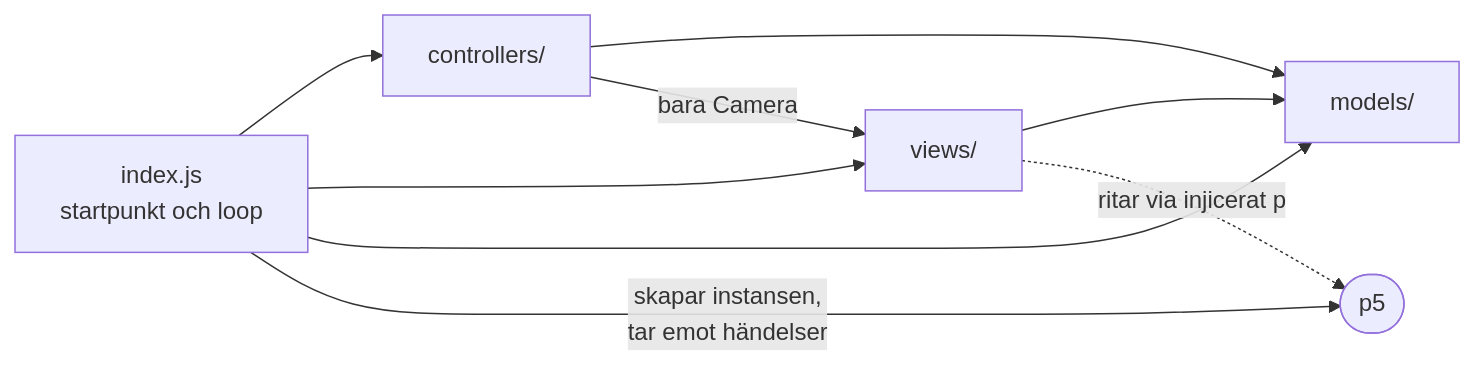
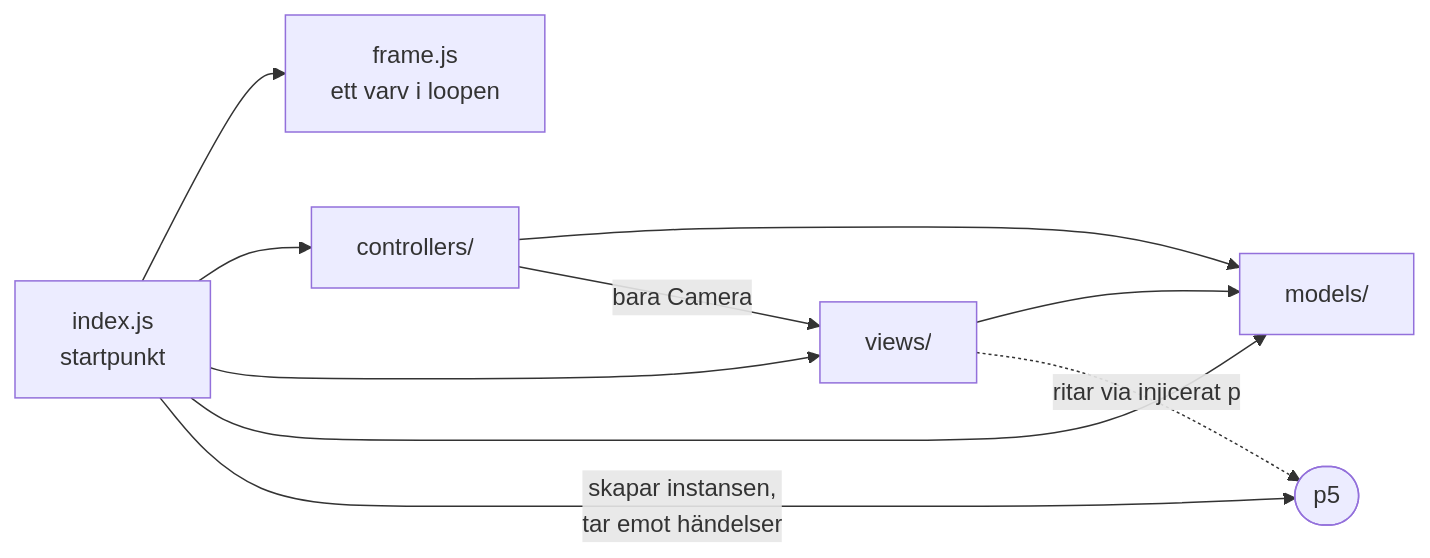
The first of 9 diagrams in MVC_DESIGN.md (1dv610/ripe-tomato), drawn with Mermaid before and after one commit. The commit also changed other lines of this file and 1 other file, not shown here.

````diff
--- a/MVC_DESIGN.md
+++ b/MVC_DESIGN.md
@@ -24,17 +24,19 @@
 ```mermaid
 flowchart LR
-    S["index.js<br/>startpunkt och loop"]
+    S["index.js<br/>startpunkt"]
+    F["frame.js<br/>ett varv i loopen"]
     C["controllers/"]
     V["views/"]
     M["models/"]
     P(["p5"])
 
+    S --> F
     S --> C
     S --> V
     S --> M
     S -->|"skapar instansen,<br/>tar emot händelser"| P
     C --> M
     V --> M
     C -->|"bara Camera"| V
     V -.->|"ritar via injicerat p"| P
 ```
````
